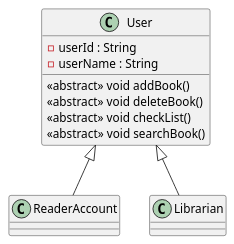
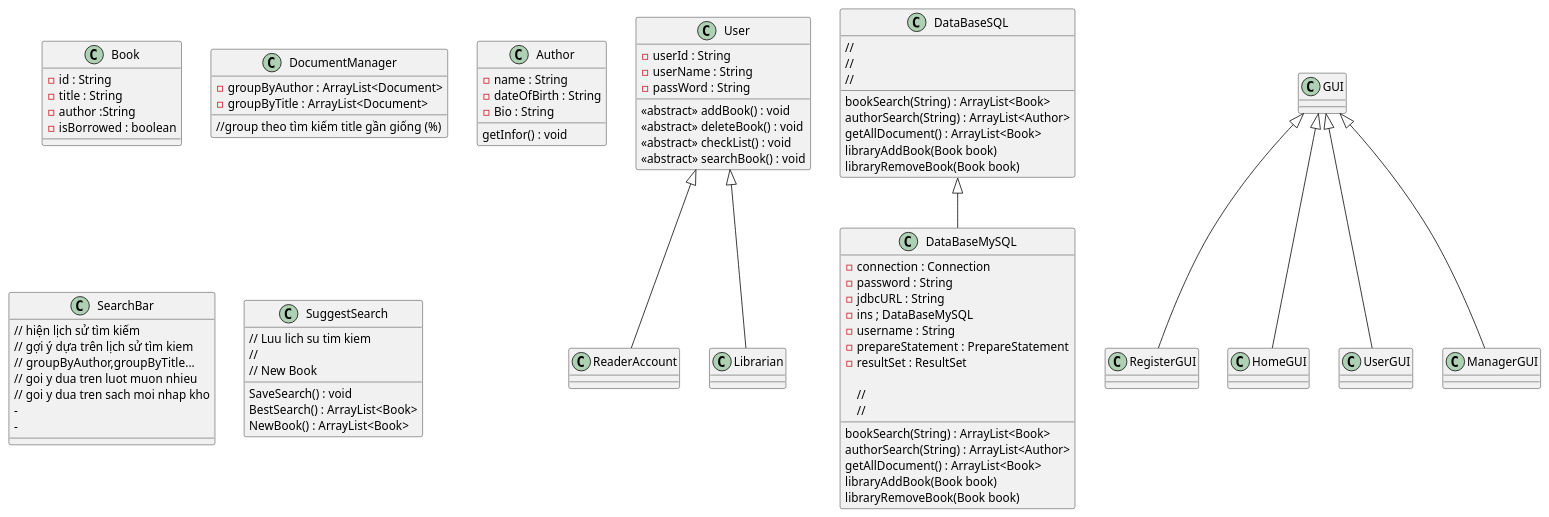
Before and after one commit to wind5293/Library_management: the diagram in UML.puml, drawn with PlantUML. The commit also changed 4 other files, not shown here.

```diff
--- a/UML.puml
+++ b/UML.puml
@@ -1,18 +1,95 @@
 @startuml
 'https://plantuml.com/sequence-diagram
 
 class User {
  - userId : String
  - userName : String
- <<abstract>> void addBook()
- <<abstract>> void deleteBook()
- <<abstract>> void checkList()
- <<abstract>> void searchBook()
+ - passWord : String
+ <<abstract>> addBook() : void
+ <<abstract>> deleteBook() : void
+ <<abstract>> checkList() : void
+ <<abstract>> searchBook() : void
 }
 class ReaderAccount extends User {
 
 }
 class Librarian extends User {
 
 }
+
+class Book {
+  - id : String
+  - title : String
+  - author :String
+  - isBorrowed : boolean
+}
+
+class DocumentManager {
+    - groupByAuthor : ArrayList<Document>
+    - groupByTitle : ArrayList<Document>
+    //group theo tìm kiếm title gần giống (%)
+}
+
+class Author {
+    - name : String
+    - dateOfBirth : String
+    - Bio : String
+    getInfor() : void
+}
+
+class DataBaseSQL {
+     //
+     bookSearch(String) : ArrayList<Book>
+     authorSearch(String) : ArrayList<Author>
+     //
+     getAllDocument() : ArrayList<Book>
+     //
+     libraryAddBook(Book book)
+     libraryRemoveBook(Book book)
+}
+
+class DataBaseMySQL extends DataBaseSQL {
+    - connection : Connection
+    - password : String
+    - jdbcURL : String
+    - ins ; DataBaseMySQL
+    - username : String
+    - prepareStatement : PrepareStatement
+    - resultSet : ResultSet
+
+    bookSearch(String) : ArrayList<Book>
+    authorSearch(String) : ArrayList<Author>
+    //
+    getAllDocument() : ArrayList<Book>
+    //
+    libraryAddBook(Book book)
+    libraryRemoveBook(Book book)
+
+}
+
+class SearchBar {
+    // hiện lịch sử tìm kiếm
+    // gợi ý dựa trên lịch sử tìm kiem
+    // groupByAuthor,groupByTitle...
+    // goi y dua tren luot muon nhieu
+    // goi y dua tren sach moi nhap kho
+    -
+    -
+}
+
+class SuggestSearch {
+    // Luu lich su tim kiem
+    SaveSearch() : void
+    //
+    BestSearch() : ArrayList<Book>
+    // New Book
+    NewBook() : ArrayList<Book>
+}
+
+class GUI {}
+class RegisterGUI extends GUI{}
+class HomeGUI extends GUI{}
+class UserGUI extends GUI{}
+class ManagerGUI extends GUI{}
+
 @enduml
```
